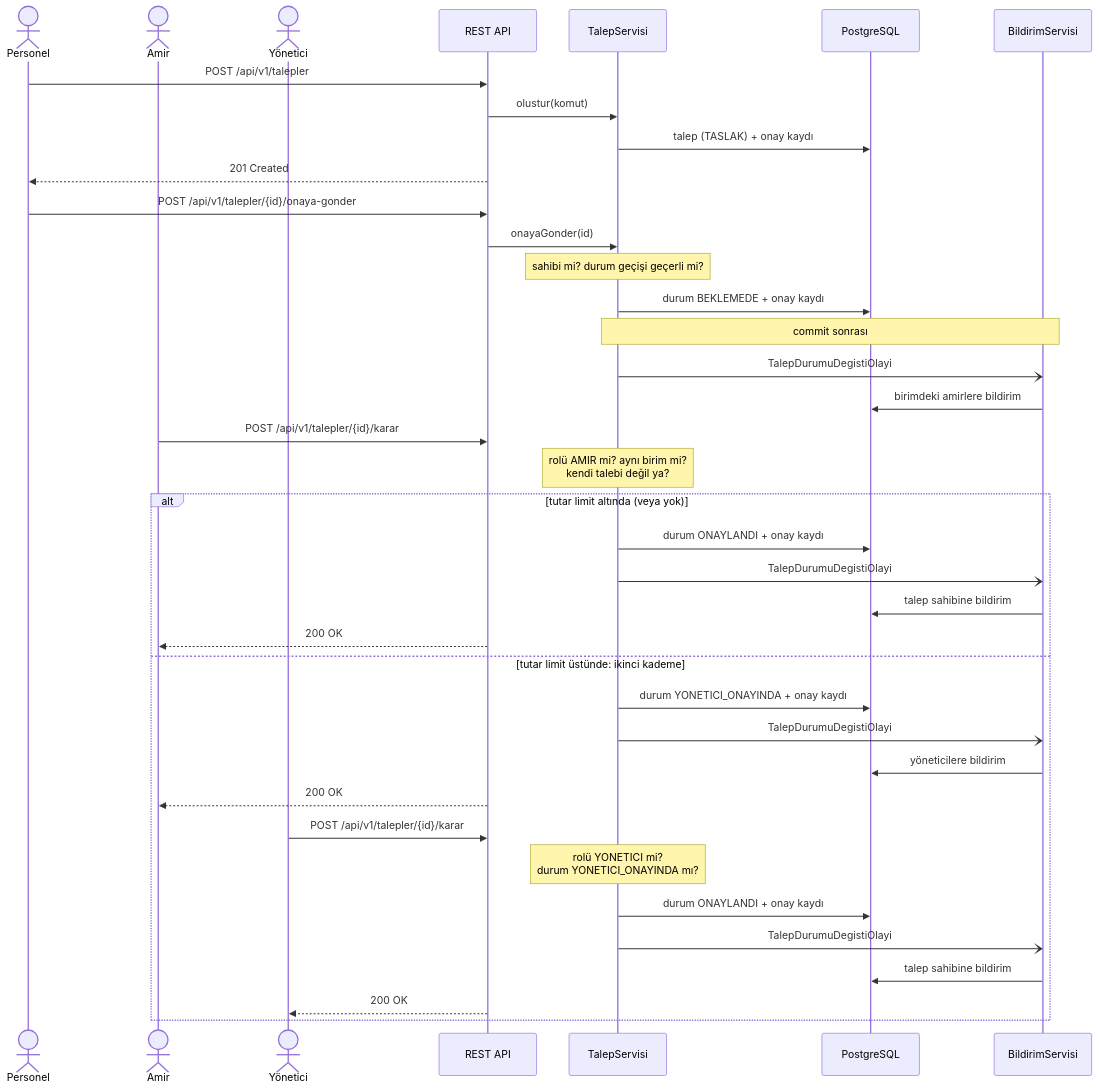
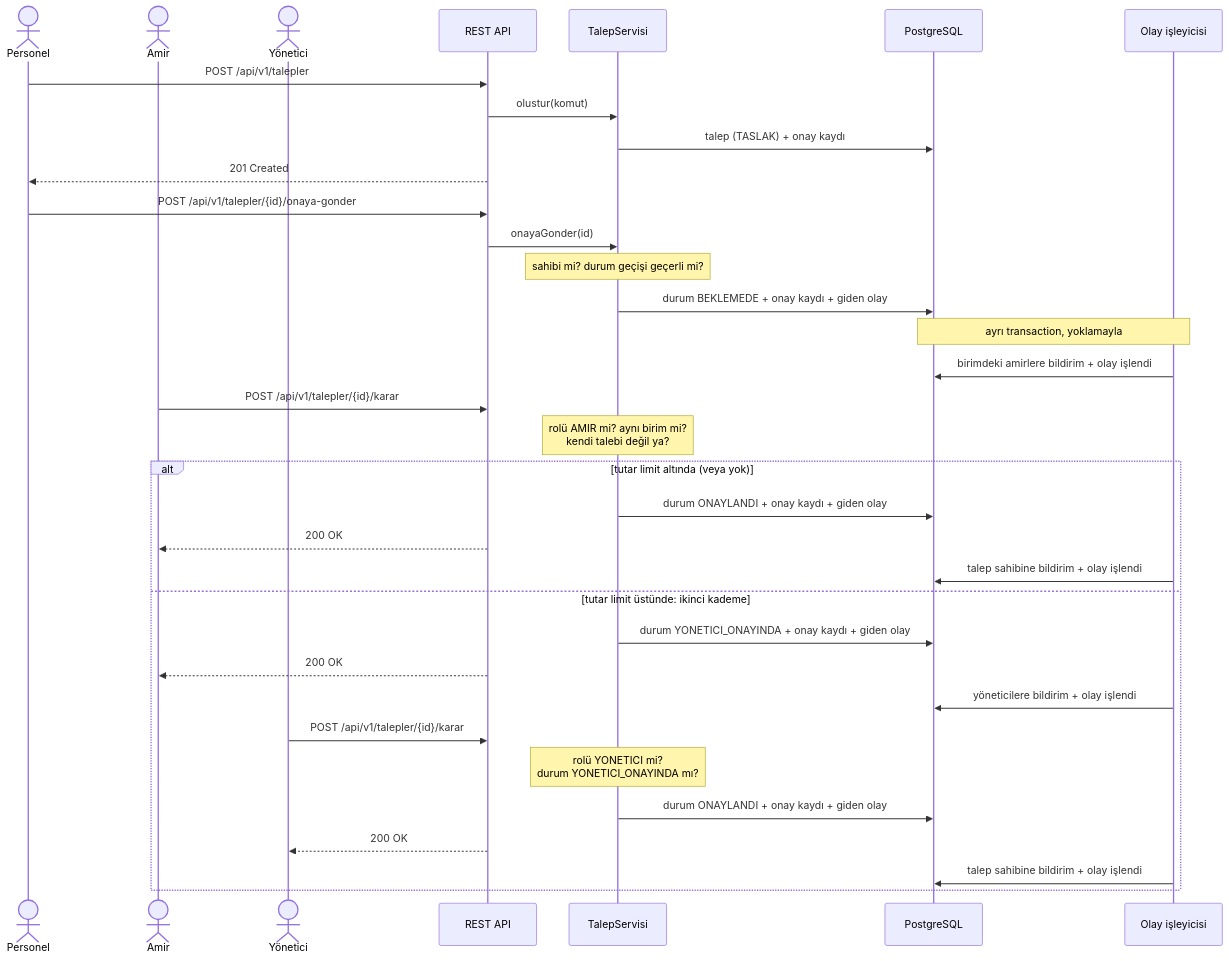
One commit to ebraronuk/talep-onay-sistemi changed the fourth of 4 diagrams in README.md. Above: the diagram before and after it, drawn with Mermaid. The commit also changed other lines of this file and 2 other files, not shown here.

Commit message:
docs: olay kutusu kararini (K-023) yaz, etkilenen anlatimi guncelle
K-011 bildirimin commit sonrasi dinleyicide yazildigini anlatiyordu; karari
gecerli ama yontemi degisti, not dusuldu. README'deki akis semasi ve
mimari.md'deki kalip, eszamanlilik ve test bolumleri kodun simdiki halini
anlatiyor. README'deki karar araligi K-021'de kalmisti, o da duzeldi.

````diff
--- a/README.md
+++ b/README.md
@@ -251,45 +252,41 @@
 ```mermaid
 sequenceDiagram
     actor P as Personel
     actor A as Amir
     actor Y as Yönetici
     participant API as REST API
     participant SRV as TalepServisi
     participant DB as PostgreSQL
-    participant BLD as BildirimServisi
+    participant ISL as Olay işleyicisi
 
     P->>API: POST /api/v1/talepler
     API->>SRV: olustur(komut)
     SRV->>DB: talep (TASLAK) + onay kaydı
     API-->>P: 201 Created
 
     P->>API: POST /api/v1/talepler/{id}/onaya-gonder
     API->>SRV: onayaGonder(id)
     Note over SRV: sahibi mi? durum geçişi geçerli mi?
-    SRV->>DB: durum BEKLEMEDE + onay kaydı
-    Note over SRV,BLD: commit sonrası
-    SRV-)BLD: TalepDurumuDegistiOlayi
-    BLD->>DB: birimdeki amirlere bildirim
+    SRV->>DB: durum BEKLEMEDE + onay kaydı + giden olay
+    Note over DB,ISL: ayrı transaction, yoklamayla
+    ISL->>DB: birimdeki amirlere bildirim + olay işlendi
 
     A->>API: POST /api/v1/talepler/{id}/karar
     Note over SRV: rolü AMIR mi? aynı birim mi?<br/>kendi talebi değil ya?
 
     alt tutar limit altında (veya yok)
-        SRV->>DB: durum ONAYLANDI + onay kaydı
-        SRV-)BLD: TalepDurumuDegistiOlayi
-        BLD->>DB: talep sahibine bildirim
+        SRV->>DB: durum ONAYLANDI + onay kaydı + giden olay
         API-->>A: 200 OK
+        ISL->>DB: talep sahibine bildirim + olay işlendi
     else tutar limit üstünde: ikinci kademe
-        SRV->>DB: durum YONETICI_ONAYINDA + onay kaydı
-        SRV-)BLD: TalepDurumuDegistiOlayi
-        BLD->>DB: yöneticilere bildirim
+        SRV->>DB: durum YONETICI_ONAYINDA + onay kaydı + giden olay
         API-->>A: 200 OK
+        ISL->>DB: yöneticilere bildirim + olay işlendi
 
         Y->>API: POST /api/v1/talepler/{id}/karar
         Note over SRV: rolü YONETICI mi?<br/>durum YONETICI_ONAYINDA mı?
-        SRV->>DB: durum ONAYLANDI + onay kaydı
-        SRV-)BLD: TalepDurumuDegistiOlayi
-        BLD->>DB: talep sahibine bildirim
+        SRV->>DB: durum ONAYLANDI + onay kaydı + giden olay
         API-->>Y: 200 OK
+        ISL->>DB: talep sahibine bildirim + olay işlendi
     end
 ```
````
